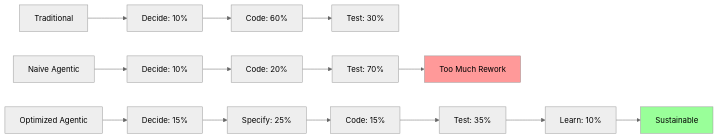
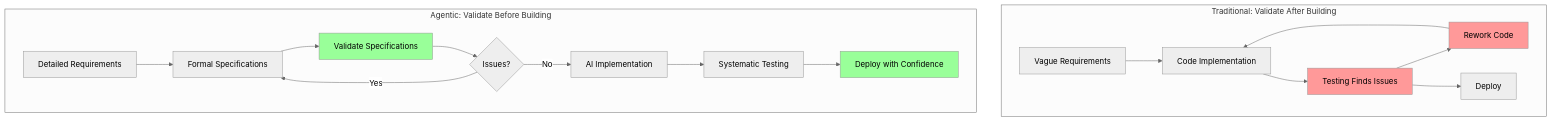
One commit to testaco/agentic-coding-book changed the diagram in book/part1-foundations/05-new-bottlenecks/08-solutions-and-mitigation-strategies.md. Above: the diagram before and after it, drawn with Mermaid (neutral theme). The commit also changed other lines of this file and 4 other files, not shown here.

````diff
--- a/book/part1-foundations/05-new-bottlenecks/08-solutions-and-mitigation-strategies.md
+++ b/book/part1-foundations/05-new-bottlenecks/08-solutions-and-mitigation-strategies.md
@@ -232,21 +344,25 @@
 ```mermaid
-graph LR
-    A[Traditional] --> B[Decide: 10%]
-    B --> C[Code: 60%]
-    C --> D[Test: 30%]
+graph TB
+    subgraph "Traditional: Validate After Building"
+        T1[Vague Requirements] --> T2[Code Implementation]
+        T2 --> T3[Testing Finds Issues]
+        T3 --> T4[Rework Code]
+        T4 --> T2
+        T3 --> T5[Deploy]
+    end
 
-    E[Naive Agentic] --> F[Decide: 10%]
-    F --> G[Code: 20%]
-    G --> H[Test: 70%]
-    H --> I[Too Much Rework]
+    subgraph "Agentic: Validate Before Building"
+        A1[Detailed Requirements] --> A2[Formal Specifications]
+        A2 --> A3[Validate Specifications]
+        A3 --> A4{Issues?}
+        A4 -->|Yes| A2
+        A4 -->|No| A5[AI Implementation]
+        A5 --> A6[Systematic Testing]
+        A6 --> A7[Deploy with Confidence]
+    end
 
-    J[Optimized Agentic] --> K[Decide: 15%]
-    K --> L[Specify: 25%]
-    L --> M[Code: 15%]
-    M --> N[Test: 35%]
-    N --> O[Learn: 10%]
-    O --> P[Sustainable]
-
-    style I fill:#ff9999
-    style P fill:#99ff99
+    style T3 fill:#ff9999
+    style T4 fill:#ff9999
+    style A3 fill:#99ff99
+    style A7 fill:#99ff99
 ```
````
